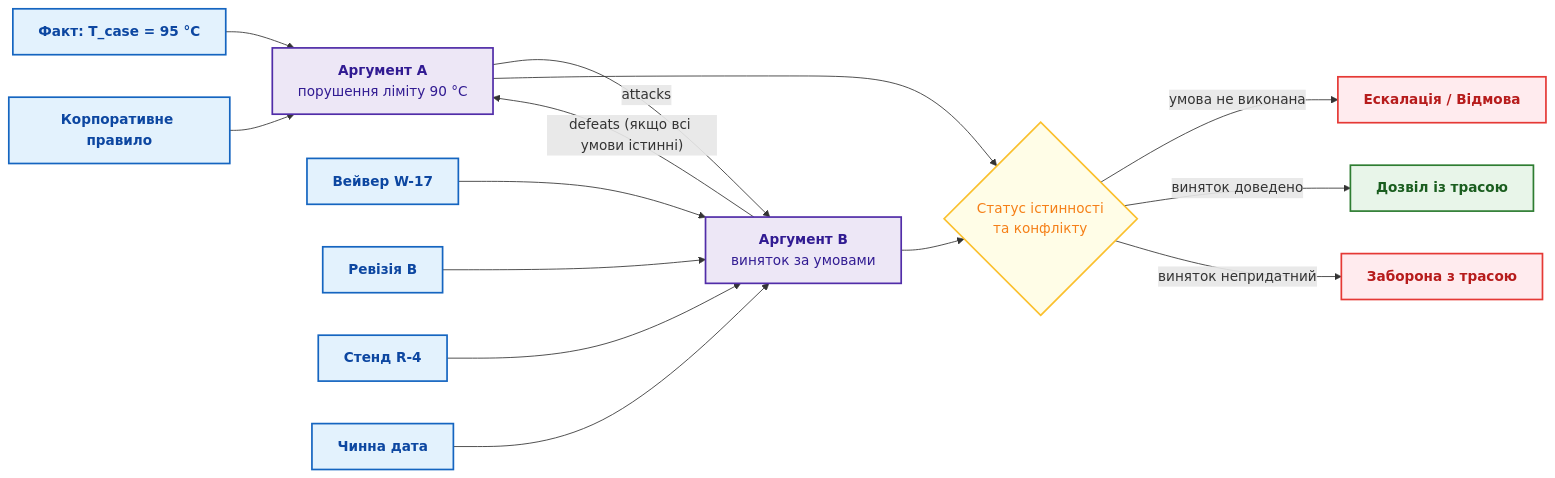
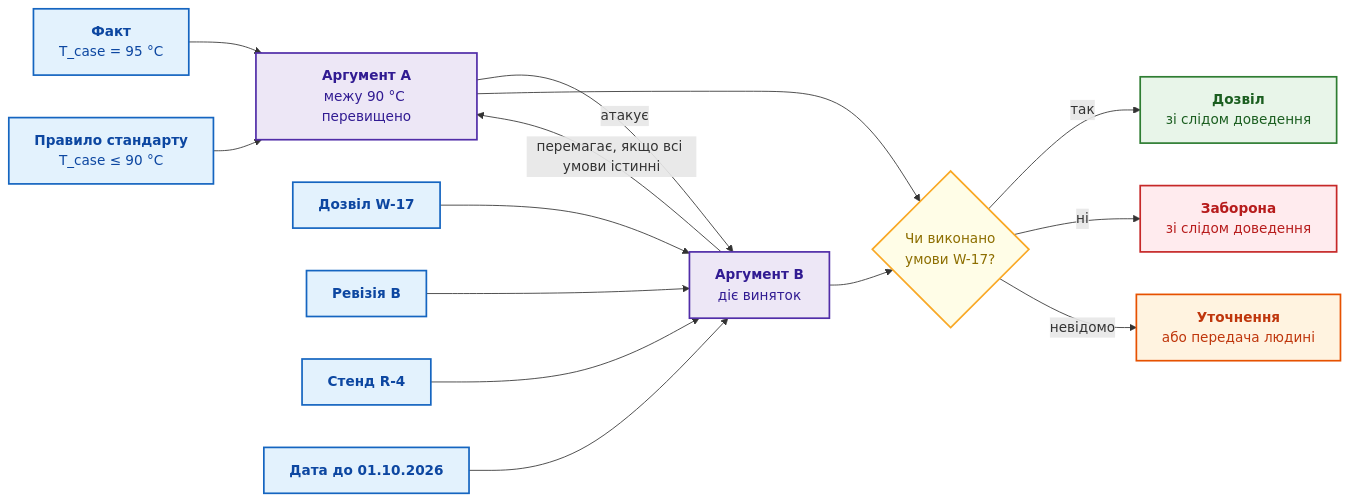
Before and after one commit to nick-fedchik/articles: the fourth of 7 diagrams in ExpertSystem/ch02-epistemology-of-machine-knowledge.md, drawn with Mermaid. The commit also changed other lines of this file, not shown here.

````diff
--- a/ExpertSystem/ch02-epistemology-of-machine-knowledge.md
+++ b/ExpertSystem/ch02-epistemology-of-machine-knowledge.md
@@ -347,31 +542,32 @@
 ```mermaid
 flowchart LR
-    accTitle: Граф аргументації та умовного спростування
-    accDescr: Аргумент стандарту конфліктує з аргументом вейверу, який спростовує його лише за виконання всіх предикатних умов.
+    accTitle: Аргумент стандарту й аргумент винятку
+    accDescr: Аргумент A спирається на факт температури й правило стандарту. Аргумент B спирається на дозвіл W-17 і три умови. Аргументи атакують один одного, а результат залежить від того, чи виконано умови W-17.
 
-    F1["<b>Факт: T_case = 95 °C</b>"] --> A1["<b>Аргумент A</b><br/>порушення ліміту 90 °C"]
-    R1["<b>Корпоративне правило</b>"] --> A1
-    W1["<b>Вейвер W-17</b>"] --> A2["<b>Аргумент B</b><br/>виняток за умовами"]
-    C1["<b>Ревізія B</b>"] --> A2
-    C2["<b>Стенд R-4</b>"] --> A2
-    C3["<b>Чинна дата</b>"] --> A2
-    A1 -->|"attacks"| A2
-    A2 -->|"defeats (якщо всі умови істинні)"| A1
-    A1 --> ST{"Статус істинності<br/>та конфлікту"}
-    A2 --> ST
-    ST -->|"умова не виконана"| ESC["<b>Ескалація / Відмова</b>"]
-    ST -->|"виняток доведено"| ALLOW["<b>Дозвіл із трасою</b>"]
-    ST -->|"виняток непридатний"| DENY["<b>Заборона з трасою</b>"]
+    F["<b>Факт</b><br/>T_case = 95 °C"] --> A["<b>Аргумент A</b><br/>межу 90 °C перевищено"]
+    R["<b>Правило стандарту</b><br/>T_case ≤ 90 °C"] --> A
+    W["<b>Дозвіл W-17</b>"] --> B["<b>Аргумент B</b><br/>діє виняток"]
+    C1["<b>Ревізія B</b>"] --> B
+    C2["<b>Стенд R-4</b>"] --> B
+    C3["<b>Дата до 01.10.2026</b>"] --> B
+    A -->|"атакує"| B
+    B -->|"перемагає, якщо всі умови істинні"| A
+    A & B --> ST{"Чи виконано<br/>умови W-17?"}
+    ST -->|"так"| ALLOW["<b>Дозвіл</b><br/>зі слідом доведення"]
+    ST -->|"ні"| DENY["<b>Заборона</b><br/>зі слідом доведення"]
+    ST -->|"невідомо"| ESC["<b>Уточнення</b><br/>або передача людині"]
 
     classDef fact fill:#e3f2fd,stroke:#1565c0,stroke-width:2px,color:#0d47a1;
     classDef arg fill:#ede7f6,stroke:#512da8,stroke-width:2px,color:#311b92;
-    classDef branch fill:#fffde7,stroke:#fbc02d,stroke-width:2px,color:#f57f17;
+    classDef branch fill:#fffde7,stroke:#f9a825,stroke-width:2px,color:#8d6e00;
     classDef allow fill:#e8f5e9,stroke:#2e7d32,stroke-width:2px,color:#1b5e20;
-    classDef deny fill:#ffebee,stroke:#e53935,stroke-width:2px,color:#b71c1c;
+    classDef deny fill:#ffebee,stroke:#c62828,stroke-width:2px,color:#b71c1c;
+    classDef esc fill:#fff3e0,stroke:#e65100,stroke-width:2px,color:#bf360c;
 
-    class F1,R1,W1,C1,C2,C3 fact;
-    class A1,A2 arg;
+    class F,R,W,C1,C2,C3 fact;
+    class A,B arg;
     class ST branch;
     class ALLOW allow;
-    class ESC,DENY deny;
+    class DENY deny;
+    class ESC esc;
 ```
````
